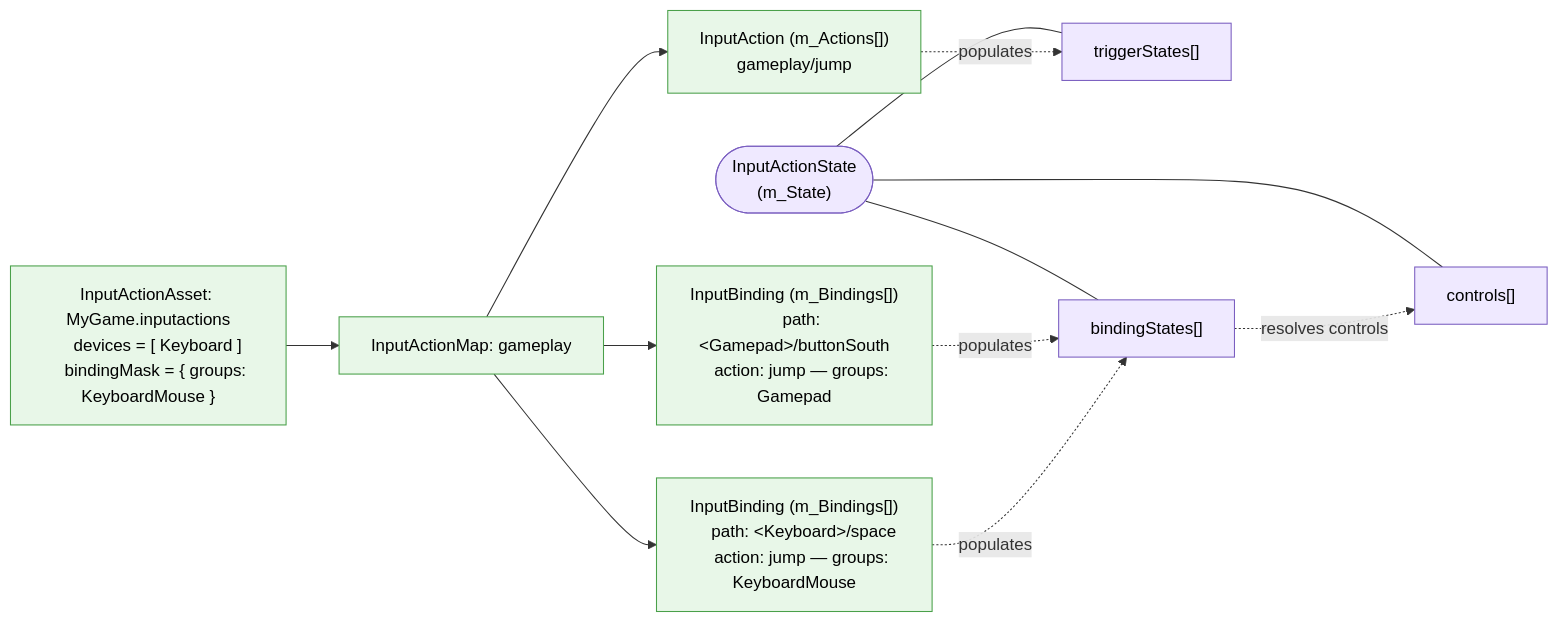
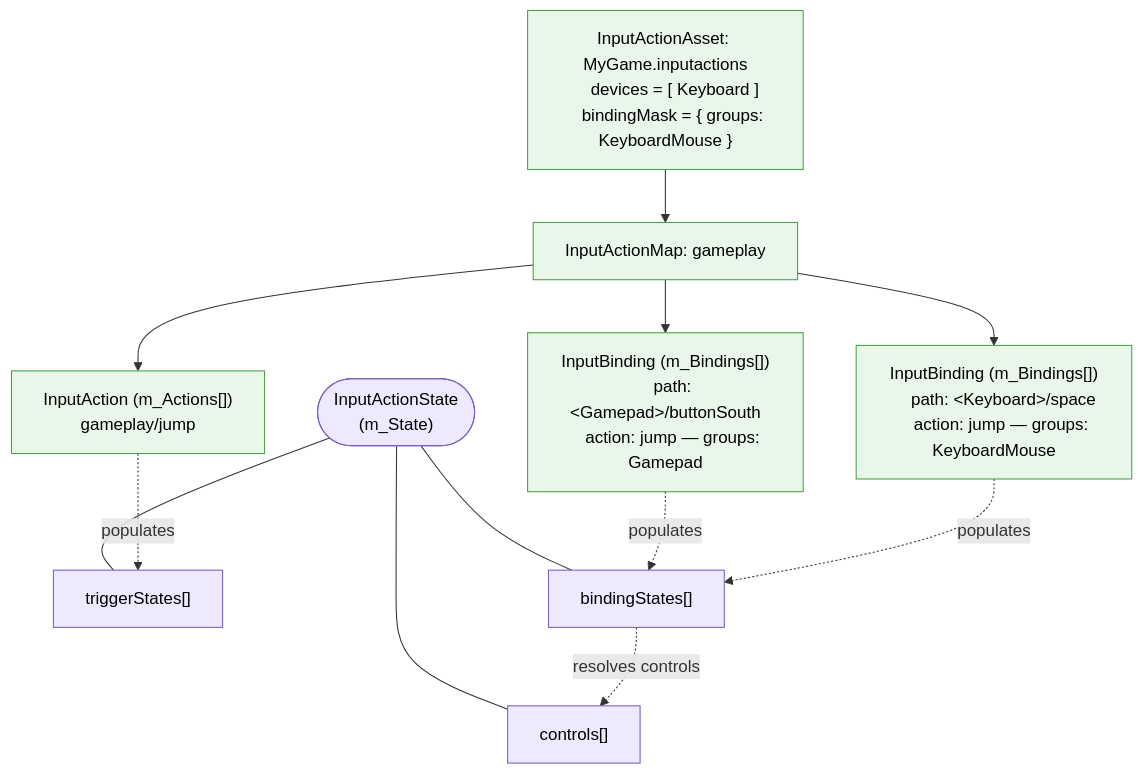
The fifth of 5 diagrams in Packages/com.unity.inputsystem/Documentation~/Architecture.md (Unity-Technologies/InputSystem), drawn with Mermaid before and after one commit. The commit also changed other lines of this file, not shown here.

Commit message:
Reorging diagrams

````diff
--- a/Packages/com.unity.inputsystem/Documentation~/Architecture.md
+++ b/Packages/com.unity.inputsystem/Documentation~/Architecture.md
@@ -163,32 +231,32 @@
 ```mermaid
-flowchart LR
+flowchart TB
     %% ---------- Asset hierarchy ----------
     Asset["InputActionAsset: MyGame.inputactions
     devices = [ Keyboard ]
     bindingMask = { groups: KeyboardMouse }"]
     Map["InputActionMap: gameplay"]
     Act["InputAction (m_Actions[])
     gameplay/jump"]
     Bind_a["InputBinding (m_Bindings[])
     path: &lt;Keyboard&gt;/space
     action: jump — groups: KeyboardMouse"]
     Bind_b["InputBinding (m_Bindings[])
     path: &lt;Gamepad&gt;/buttonSouth
     action: jump — groups: Gamepad"]
     Asset --> Map
     Map --> Act
     Map --> Bind_a & Bind_b
 
     %% ---------- Populates the runtime action state ----------
     Act -.->|populates| trig["triggerStates[]"]
     Bind_a -.->|populates| bind["bindingStates[]"]
     Bind_b -.->|populates| bind
     bind -.->|resolves controls| ctrl["controls[]"]
     State(["InputActionState
     (m_State)"]) --- trig & bind & ctrl
 
     classDef asset fill:#e8f7e8,stroke:#4aa04a,color:#000;
     classDef astate fill:#efe9ff,stroke:#7a5ec0,color:#000;
     class Asset,Map,Act,Bind_a,Bind_b asset;
     class trig,bind,ctrl,State astate;
 ```
````
